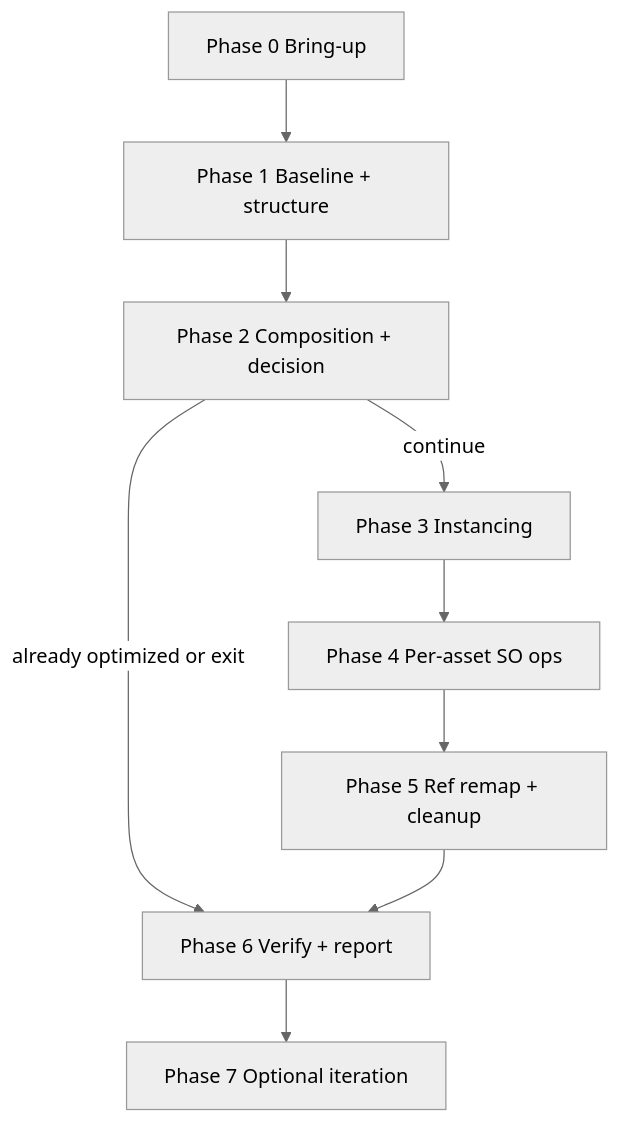
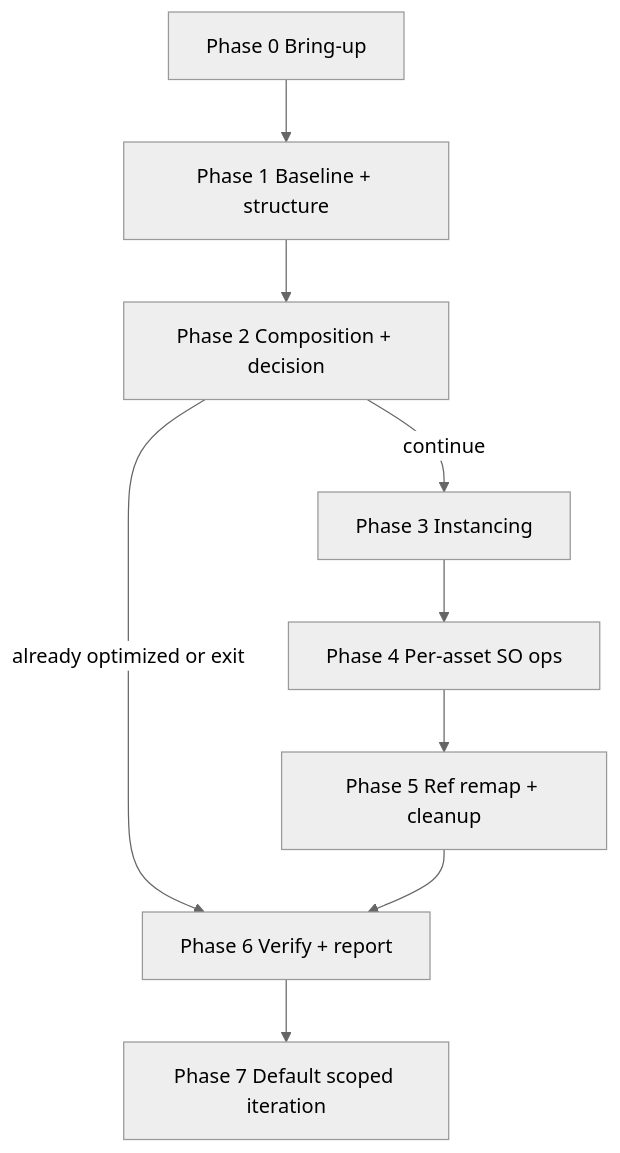
The diagram in skills/omniverse-usd-performance-tuning/references/skill-map.md (NVIDIA/skills), drawn with Mermaid (neutral theme) before and after one commit. The commit also changed other lines of this file and 117 other files, not shown here.

````diff
--- a/skills/omniverse-usd-performance-tuning/references/skill-map.md
+++ b/skills/omniverse-usd-performance-tuning/references/skill-map.md
@@ -98,15 +98,15 @@
 ```mermaid
 flowchart TD
   P0["Phase 0 Bring-up"]
   P1["Phase 1 Baseline + structure"]
   P2["Phase 2 Composition + decision"]
   P3["Phase 3 Instancing"]
   P4["Phase 4 Per-asset SO ops"]
   P5["Phase 5 Ref remap + cleanup"]
   P6["Phase 6 Verify + report"]
-  P7["Phase 7 Optional iteration"]
+  P7["Phase 7 Default scoped iteration"]
   P0 --> P1 --> P2
   P2 -->|"already optimized or exit"| P6
   P2 -->|"continue"| P3 --> P4 --> P5 --> P6
   P6 --> P7
 ```
````
